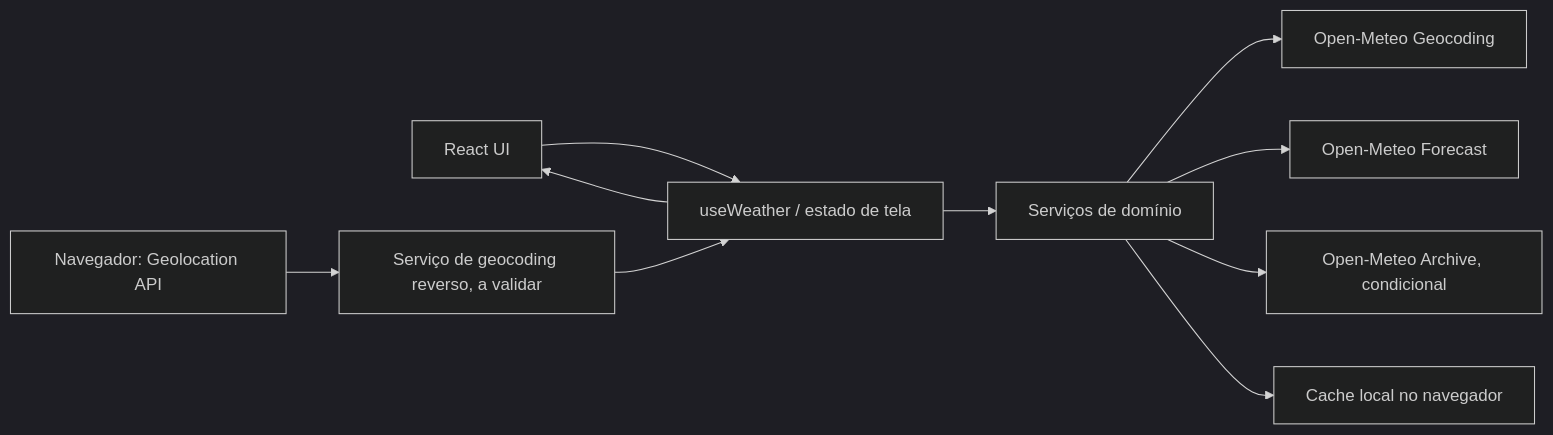
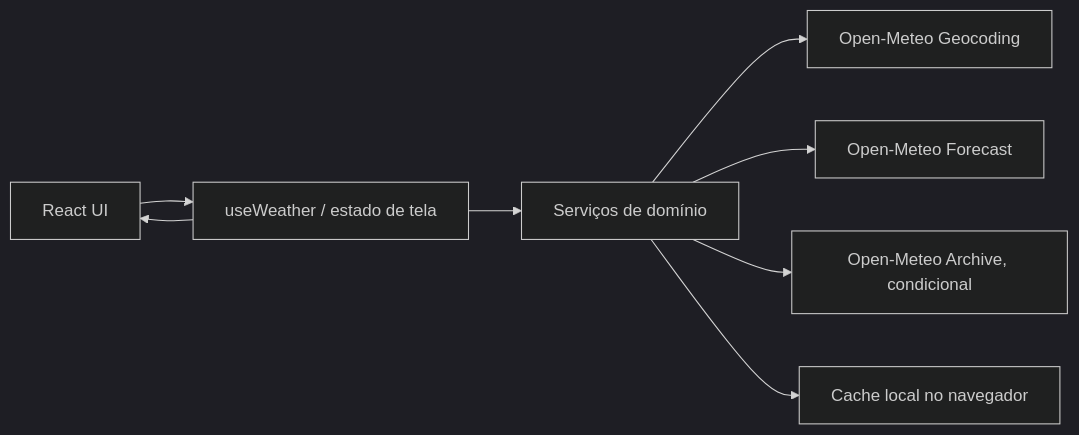
Before and after one commit to treinamentos-mpba/sdd-weather-app-gessesilva: the first of 2 diagrams in plans/weather-app-plan.md, drawn with Mermaid (dark theme). The commit also changed other lines of this file and 1 other file, not shown here.

````diff
--- a/plans/weather-app-plan.md
+++ b/plans/weather-app-plan.md
@@ -7,12 +7,10 @@
 ```mermaid
 flowchart LR
   UI[React UI] --> Hook[useWeather / estado de tela]
   Hook --> Services[Serviços de domínio]
   Services --> Geo[Open-Meteo Geocoding]
   Services --> Forecast[Open-Meteo Forecast]
   Services --> Archive[Open-Meteo Archive, condicional]
-  Device[Navegador: Geolocation API] --> Reverse[Serviço de geocoding reverso, a validar]
-  Reverse --> Hook
   Services --> Cache[Cache local no navegador]
   Hook --> UI
 ```
````
